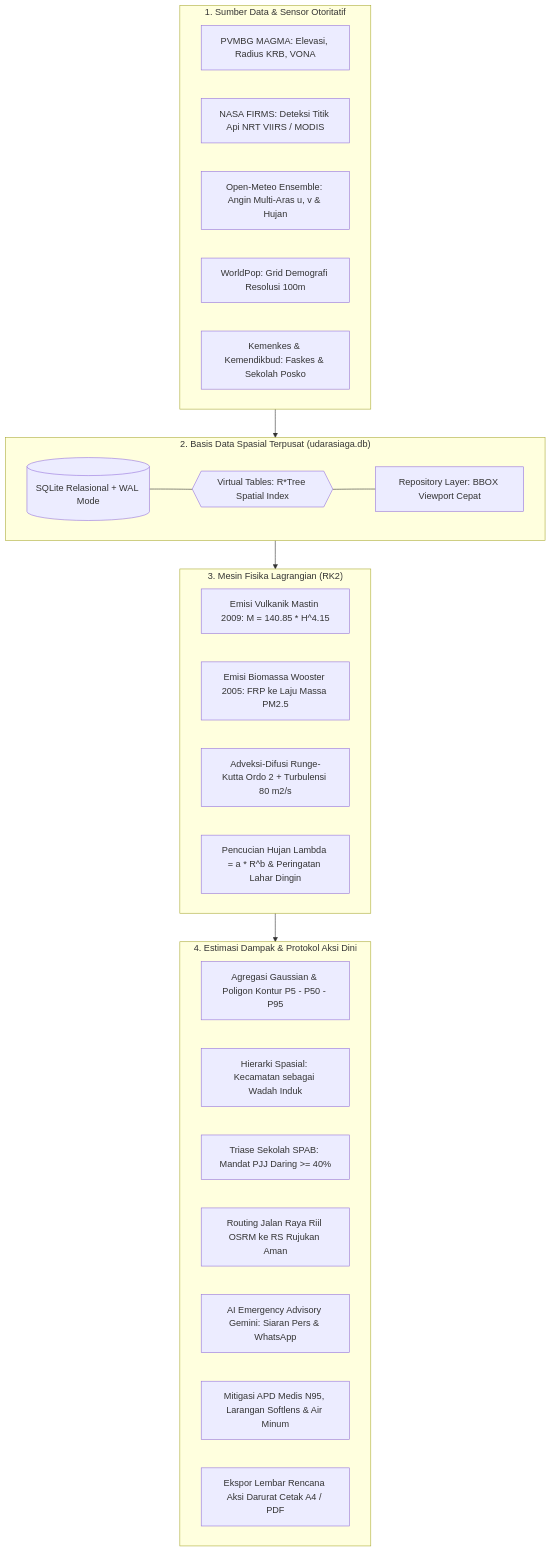
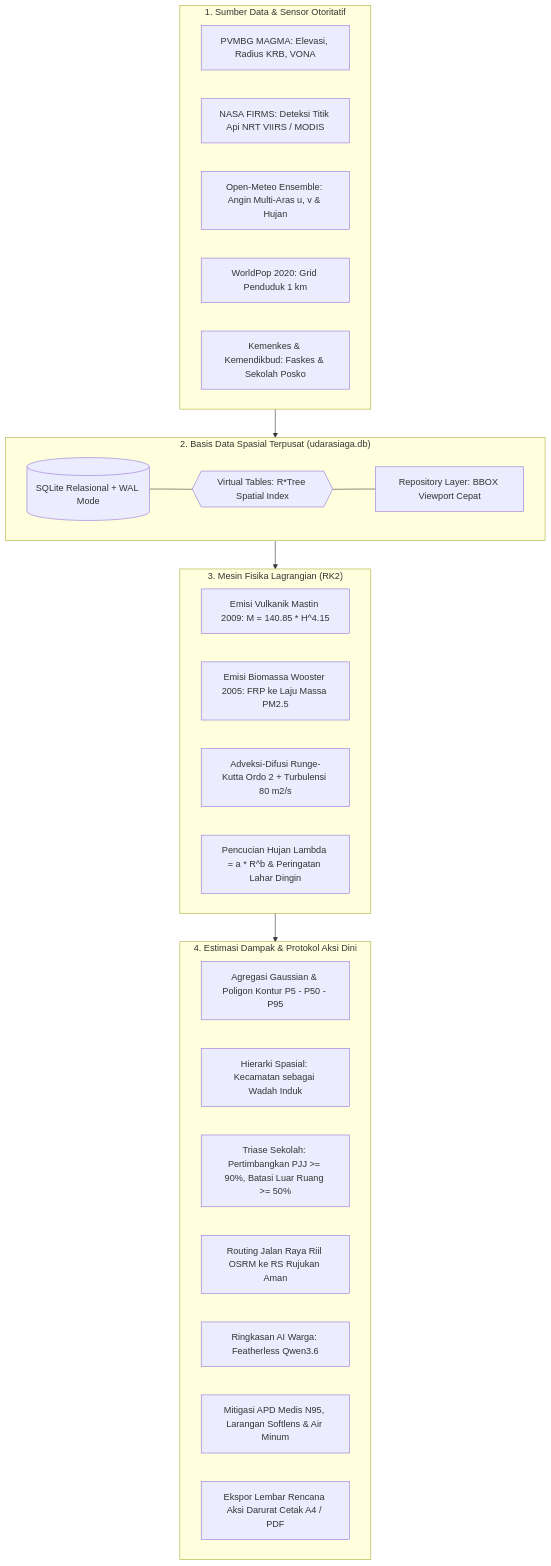
Before and after one commit to nyarikerja/JOINTS2026: the first of 2 diagrams in backend/README.md, drawn with Mermaid. The commit also changed other lines of this file and 158 other files, not shown here.

````diff
--- a/backend/README.md
+++ b/backend/README.md
@@ -12,38 +12,38 @@
 ```mermaid
 graph TD
     subgraph Ingest["1. Sumber Data & Sensor Otoritatif"]
         A1[PVMBG MAGMA: Elevasi, Radius KRB, VONA]
         A2[NASA FIRMS: Deteksi Titik Api NRT VIIRS / MODIS]
         A3[Open-Meteo Ensemble: Angin Multi-Aras u, v & Hujan]
-        A4[WorldPop: Grid Demografi Resolusi 100m]
+        A4[WorldPop 2020: Grid Penduduk 1 km]
         A5[Kemenkes & Kemendikbud: Faskes & Sekolah Posko]
     end
 
     subgraph Storage["2. Basis Data Spasial Terpusat (udarasiaga.db)"]
         B1[(SQLite Relasional + WAL Mode)]
         B2{{Virtual Tables: R*Tree Spatial Index}}
         B3[Repository Layer: BBOX Viewport Cepat]
         B1 --- B2 --- B3
     end
 
     subgraph Physics["3. Mesin Fisika Lagrangian (RK2)"]
         C1[Emisi Vulkanik Mastin 2009: M = 140.85 * H^4.15]
         C2[Emisi Biomassa Wooster 2005: FRP ke Laju Massa PM2.5]
         C3[Adveksi-Difusi Runge-Kutta Ordo 2 + Turbulensi 80 m2/s]
         C4[Pencucian Hujan Lambda = a * R^b & Peringatan Lahar Dingin]
     end
 
     subgraph Impact["4. Estimasi Dampak & Protokol Aksi Dini"]
         D1[Agregasi Gaussian & Poligon Kontur P5 - P50 - P95]
         D2[Hierarki Spasial: Kecamatan sebagai Wadah Induk]
-        D3[Triase Sekolah SPAB: Mandat PJJ Daring >= 40%]
+        D3[Triase Sekolah: Pertimbangkan PJJ >= 90%, Batasi Luar Ruang >= 50%]
         D4[Routing Jalan Raya Riil OSRM ke RS Rujukan Aman]
-        D5[AI Emergency Advisory Gemini: Siaran Pers & WhatsApp]
+        D5[Ringkasan AI Warga: Featherless Qwen3.6]
         D6[Mitigasi APD Medis N95, Larangan Softlens & Air Minum]
         D7[Ekspor Lembar Rencana Aksi Darurat Cetak A4 / PDF]
     end
 
     Ingest --> Storage
     Storage --> Physics
     Physics --> Impact
 ```
````
